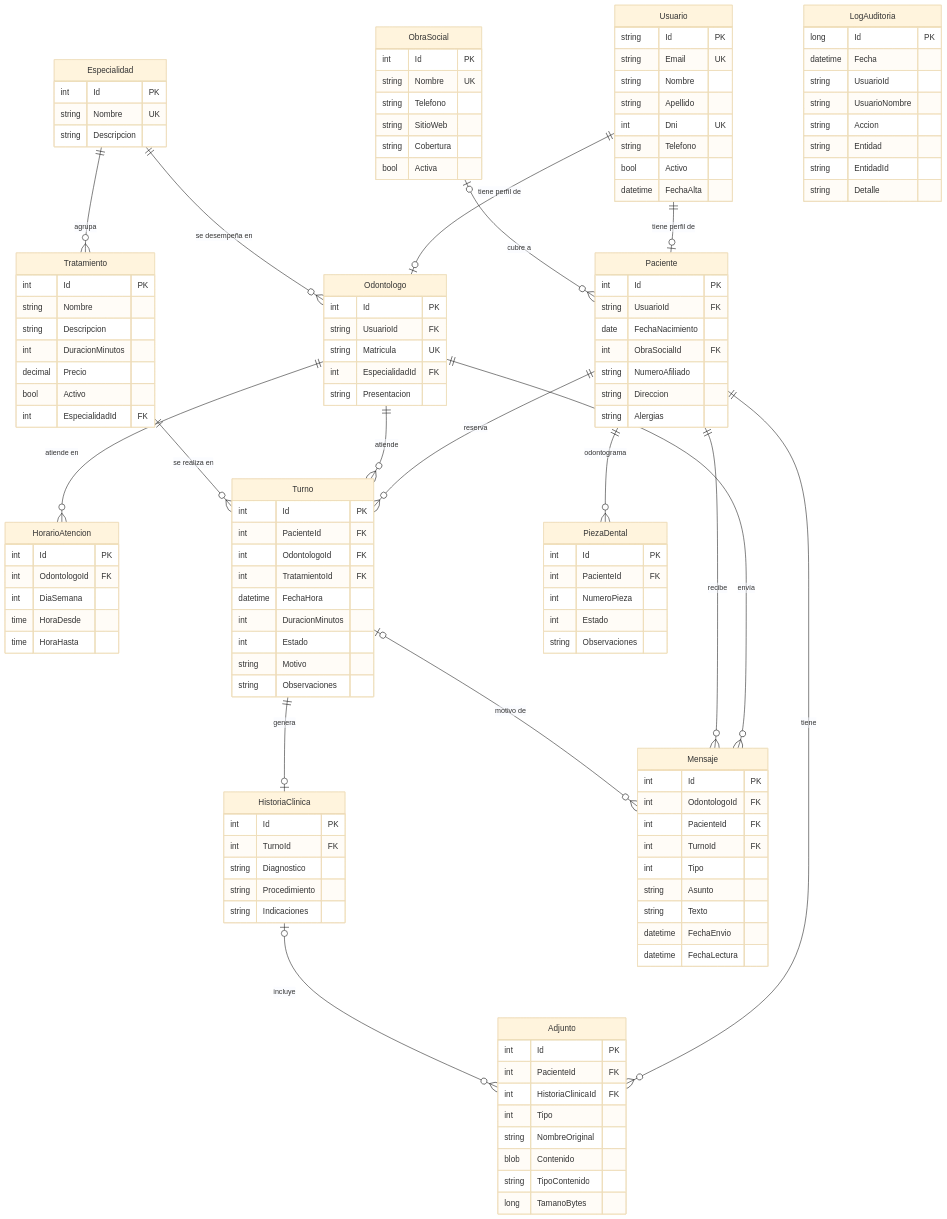
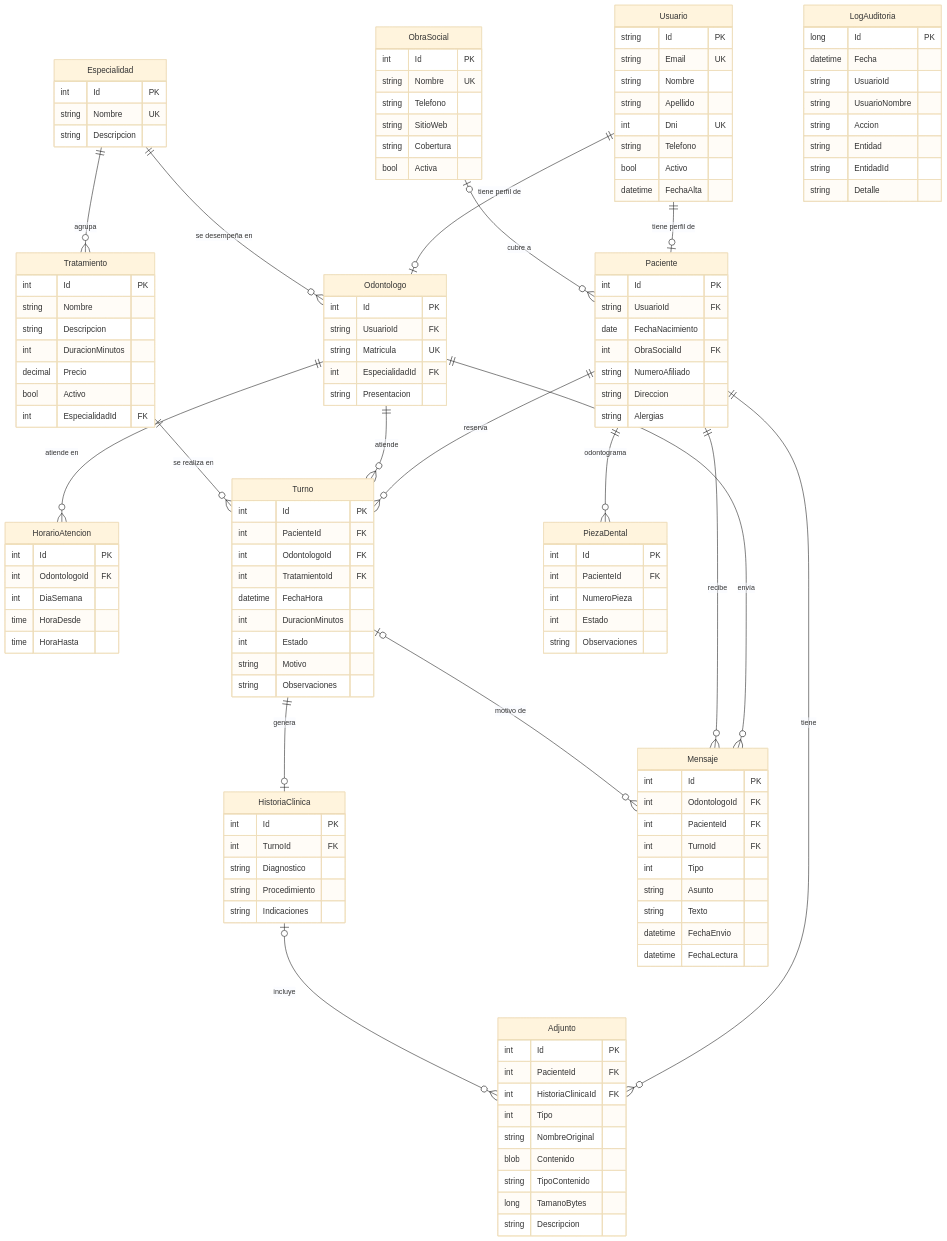
One commit to facuneveu/sonrisa-dental changed the diagram in docs/Hito1-Propuesta-y-Diseno.md. Above: the diagram before and after it, drawn with Mermaid (base theme).

Commit message:
Docs: el DER incluye Adjunto.Descripcion y la versión final
El diagrama no mostraba el campo Descripcion de Adjunto que sí existe en el modelo. Se actualiza el diagrama del documento de diseño.

```diff
--- a/docs/Hito1-Propuesta-y-Diseno.md
+++ b/docs/Hito1-Propuesta-y-Diseno.md
@@ -149,6 +149,7 @@
         blob Contenido
         string TipoContenido
         long TamanoBytes
+        string Descripcion
     }
     PiezaDental {
         int Id PK
```
